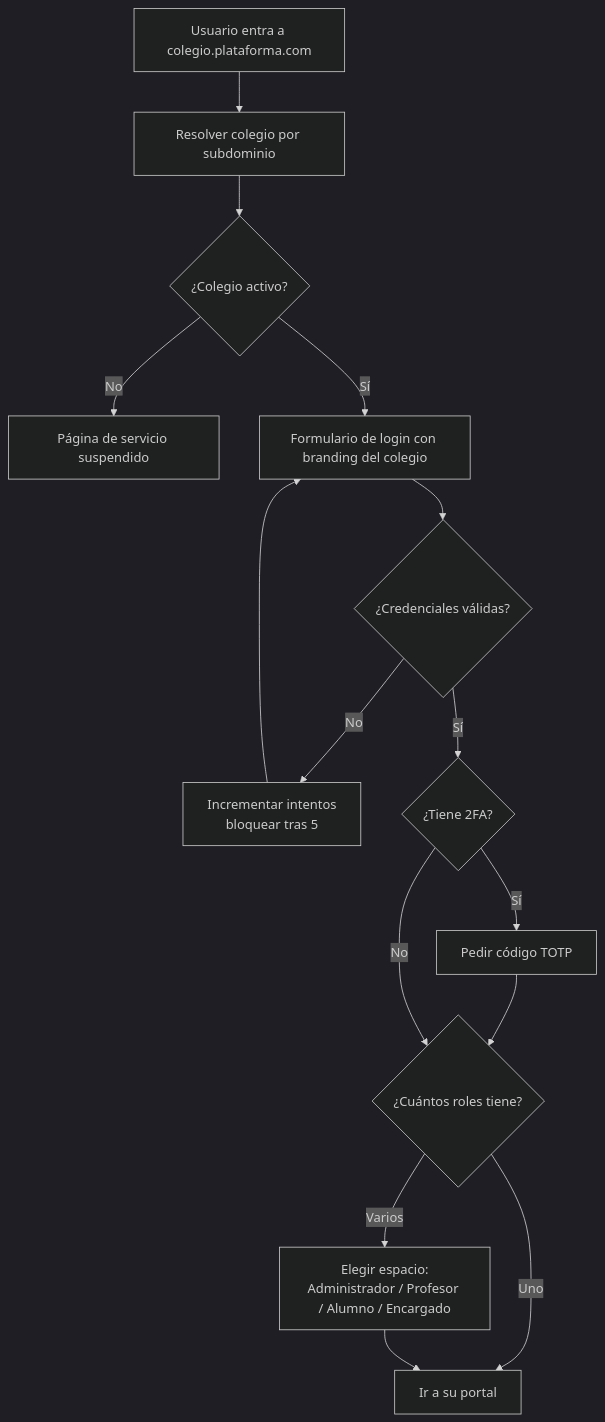
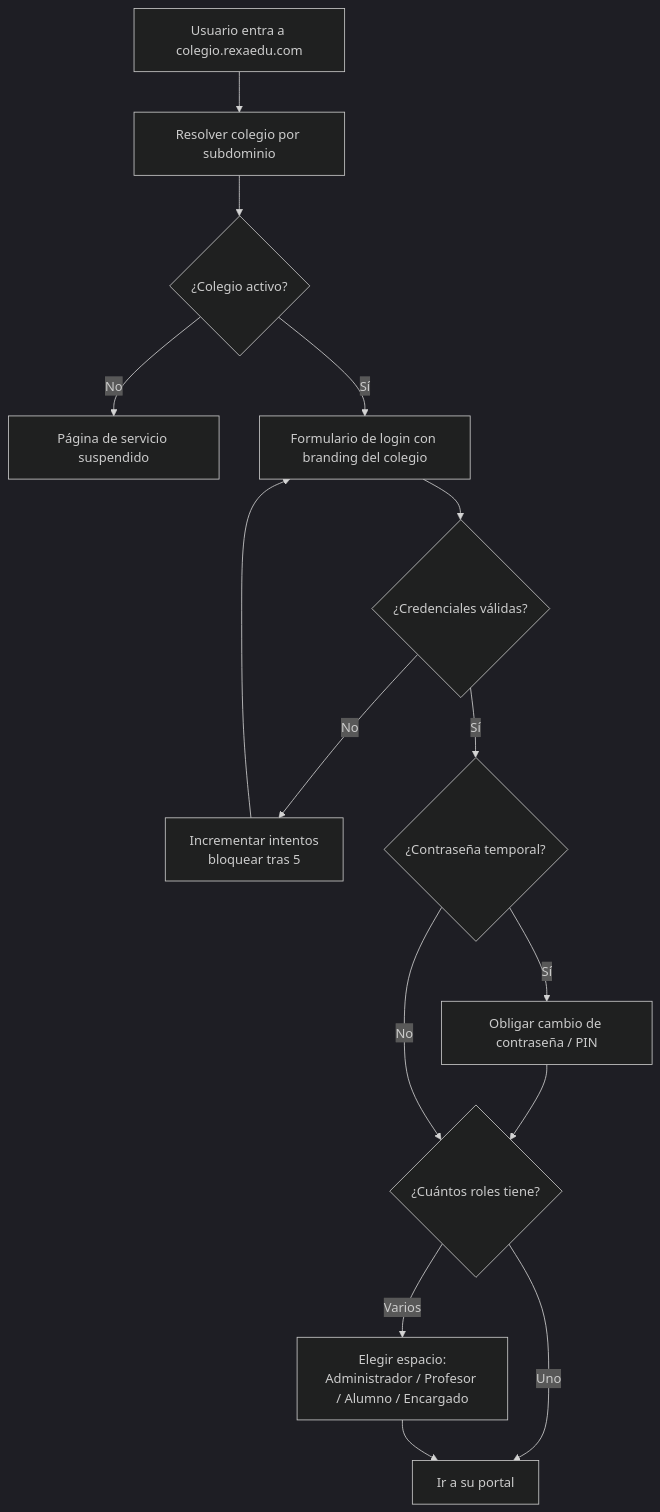
One commit to PabloReyes1/RexaEdu changed the second of 10 diagrams in docs/07-flujos.md. Above: the diagram before and after it, drawn with Mermaid (dark theme). The commit also changed other lines of this file and 11 other files, not shown here.

````diff
--- a/docs/07-flujos.md
+++ b/docs/07-flujos.md
@@ -30,14 +30,14 @@
 ```mermaid
 flowchart TD
-    A[Usuario entra a colegio.plataforma.com] --> B[Resolver colegio por subdominio]
+    A[Usuario entra a colegio.rexaedu.com] --> B[Resolver colegio por subdominio]
     B --> C{¿Colegio activo?}
     C -- No --> X[Página de servicio suspendido]
     C -- Sí --> D[Formulario de login con branding del colegio]
     D --> E{¿Credenciales válidas?}
     E -- No --> E1[Incrementar intentos<br/>bloquear tras 5] --> D
-    E -- Sí --> F{¿Tiene 2FA?}
-    F -- Sí --> F1[Pedir código TOTP] --> G
+    E -- Sí --> F{¿Contraseña temporal?}
+    F -- Sí --> F1[Obligar cambio de contraseña / PIN] --> G
     F -- No --> G{¿Cuántos roles tiene?}
     G -- Uno --> H[Ir a su portal]
     G -- Varios --> I[Elegir espacio:<br/>Administrador / Profesor / Alumno / Encargado] --> H
 ```
````
